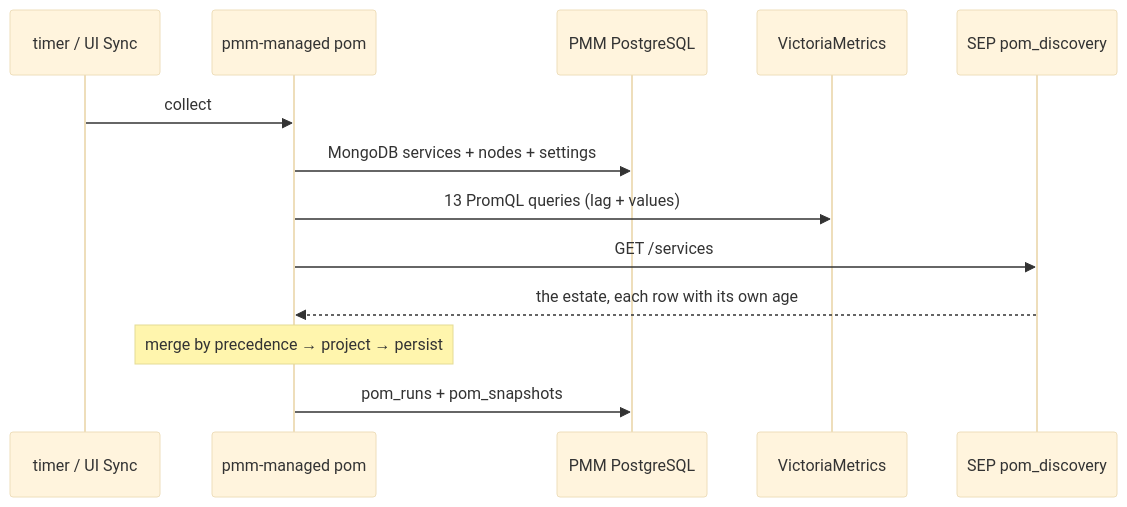
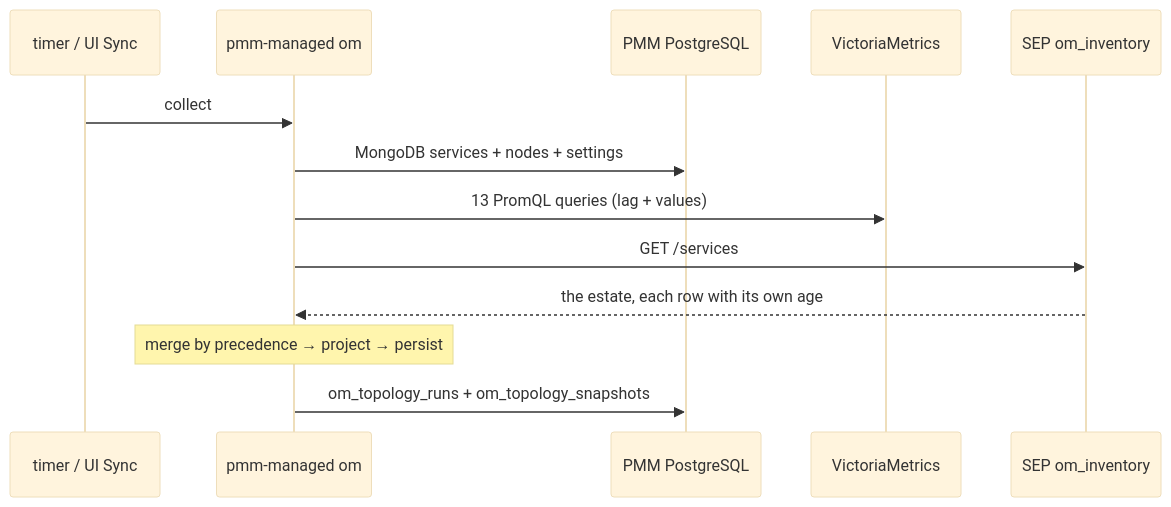
One commit to Percona-Lab/pom-workspace changed the second of 4 diagrams in docs/architecture.md. Above: the diagram before and after it, drawn with Mermaid (base theme). The commit also changed other lines of this file and 11 other files, not shown here.

````diff
--- a/docs/architecture.md
+++ b/docs/architecture.md
@@ -82,16 +82,16 @@
 ```mermaid
 sequenceDiagram
     participant T as timer / UI Sync
-    participant P as pmm-managed pom
+    participant P as pmm-managed om
     participant PG as PMM PostgreSQL
     participant VM as VictoriaMetrics
-    participant D as SEP pom_discovery
+    participant D as SEP om_inventory
 
     T->>P: collect
     P->>PG: MongoDB services + nodes + settings
     P->>VM: 13 PromQL queries (lag + values)
     P->>D: GET /services
     D-->>P: the estate, each row with its own age
     Note over P: merge by precedence → project → persist
-    P->>PG: pom_runs + pom_snapshots
+    P->>PG: om_topology_runs + om_topology_snapshots
 ```
````
